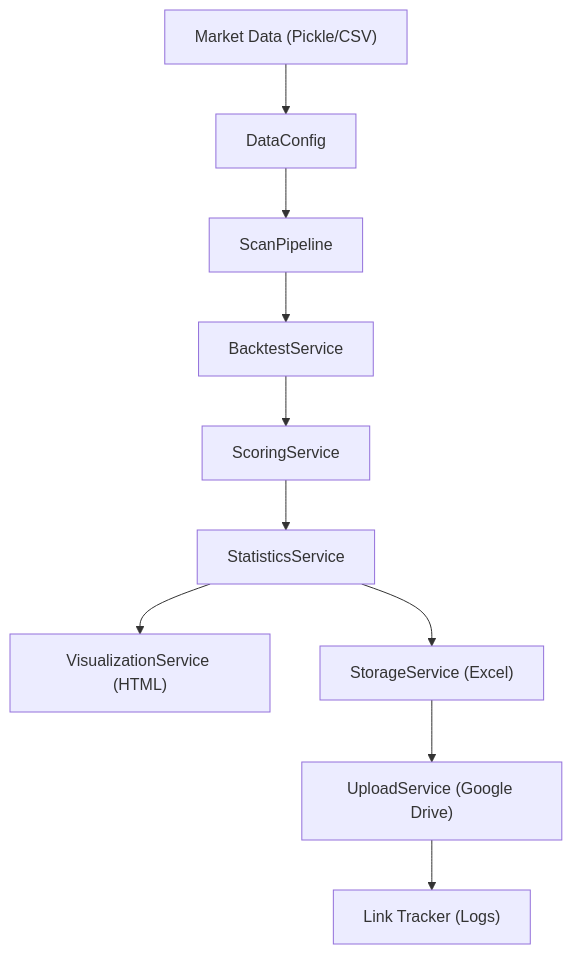
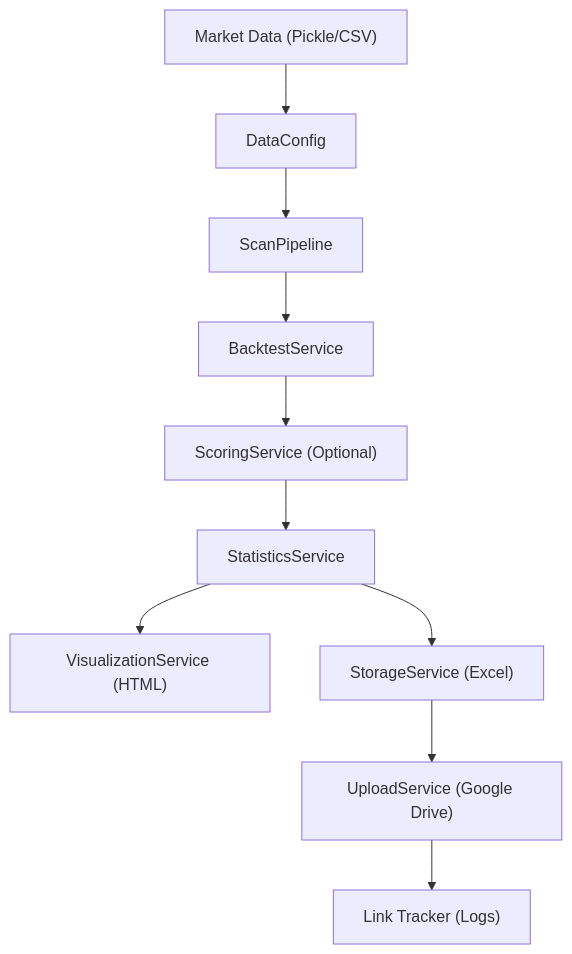
The first of 2 diagrams in README.md (Thanhnt15/GigaAlpha), drawn with Mermaid before and after one commit. The commit also changed other lines of this file and 1 other file, not shown here.

Commit message:
docs: refactor documentation to clarify pipeline stages, project structure, and workflow architecture

````diff
--- a/README.md
+++ b/README.md
@@ -32,16 +9,16 @@
 ```mermaid
 flowchart TD
     A["Market Data (Pickle/CSV)"] --> B["DataConfig"]
     B --> C["ScanPipeline"]
     
     C --> D["BacktestService"]
-    D --> E["ScoringService"]
+    D --> E["ScoringService (Optional)"]
     E --> F["StatisticsService"]
     
     F --> G["VisualizationService (HTML)"]
     F --> H["StorageService (Excel)"]
     
     H --> J["UploadService (Google Drive)"]
     
     J --> K["Link Tracker (Logs)"]
 ```
````
